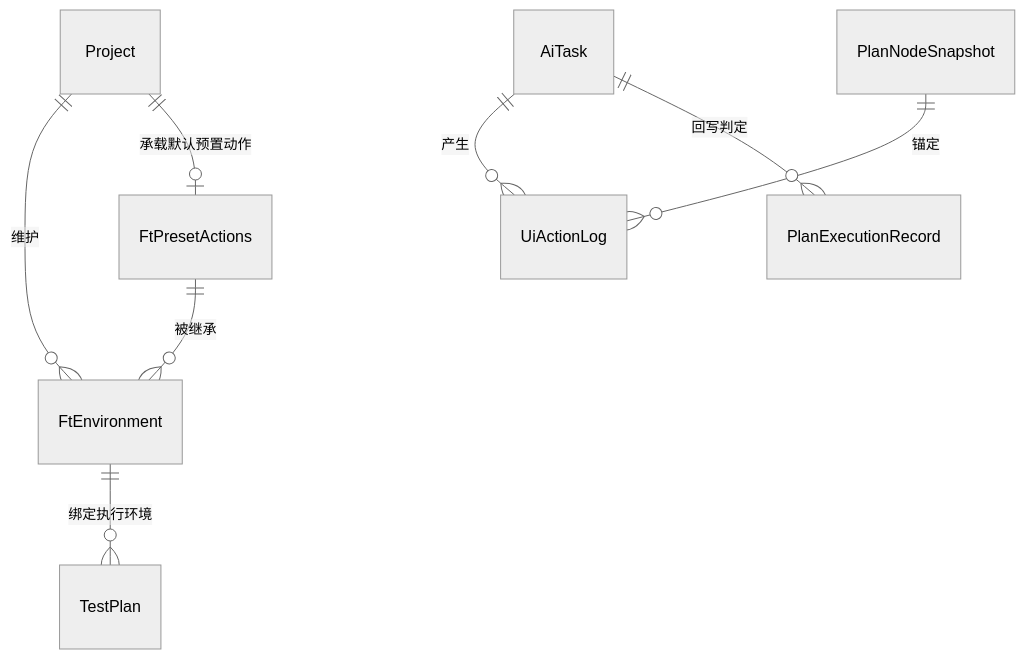
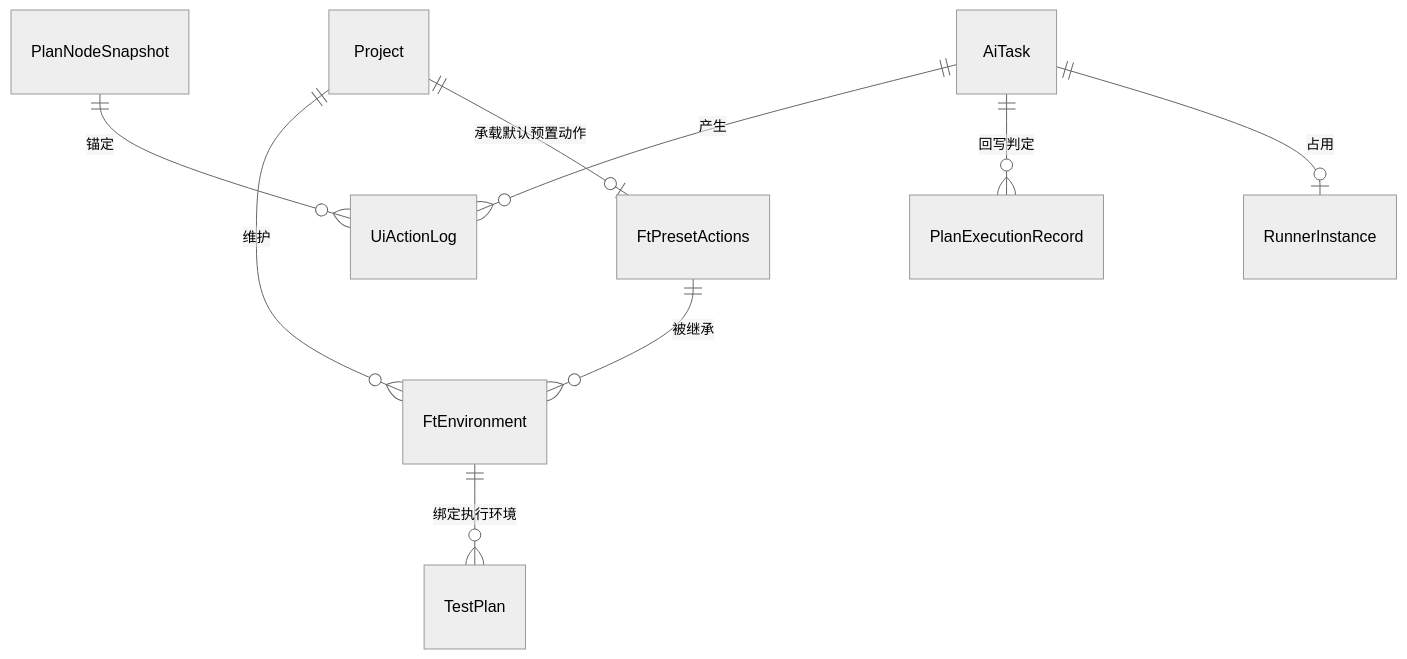
The second of 2 diagrams in docs/02-high-level-design/03-function-testing/03-hld-ai-ui-testing.md (XiaoMiSum/robotest), drawn with Mermaid (neutral theme) before and after one commit. The commit also changed other lines of this file and 16 other files, not shown here.

````diff
--- a/docs/02-high-level-design/03-function-testing/03-hld-ai-ui-testing.md
+++ b/docs/02-high-level-design/03-function-testing/03-hld-ai-ui-testing.md
@@ -247,10 +265,11 @@
 ```mermaid
 erDiagram
     Project ||--o{ FtEnvironment : 维护
     Project ||--o| FtPresetActions : 承载默认预置动作
     FtPresetActions ||--o{ FtEnvironment : 被继承
     FtEnvironment ||--o{ TestPlan : 绑定执行环境
     AiTask ||--o{ UiActionLog : 产生
     PlanNodeSnapshot ||--o{ UiActionLog : 锚定
     AiTask ||--o{ PlanExecutionRecord : 回写判定
+    AiTask ||--o| RunnerInstance : 占用
 ```
````
